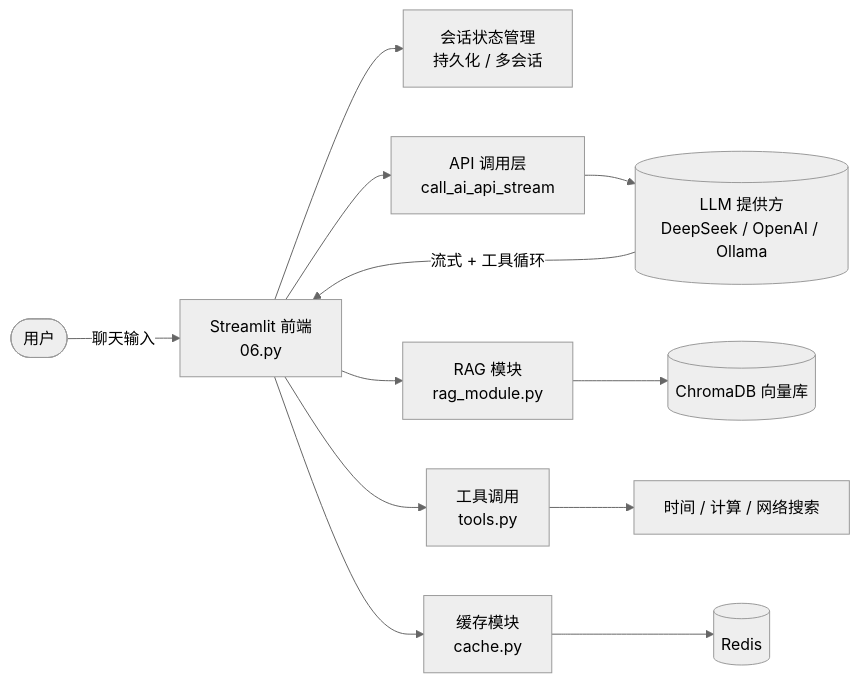
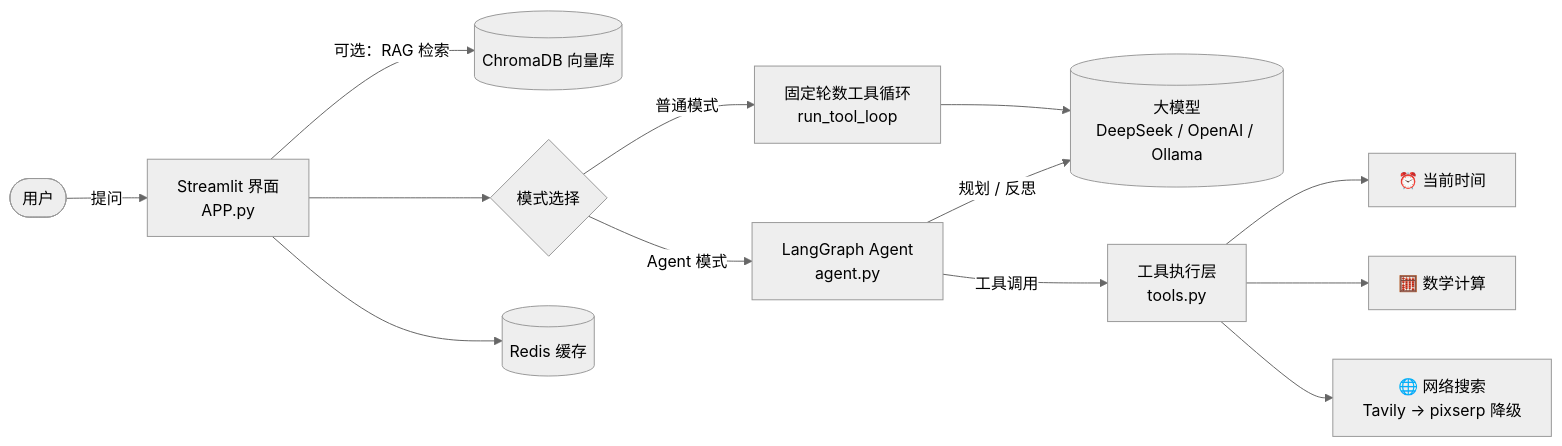
Before and after one commit to MWQ111/ma-ai-chat5201314: the diagram in README.md, drawn with Mermaid (neutral theme). The commit also changed other lines of this file and 10 other files, not shown here.

````diff
--- a/README.md
+++ b/README.md
@@ -40,14 +59,15 @@
 ```mermaid
 flowchart LR
-    User([用户]) -->|聊天输入| UI[Streamlit 前端<br/>06.py]
-    UI --> SM[会话状态管理<br/>持久化 / 多会话]
-    UI --> API[API 调用层<br/>call_ai_api_stream]
-    API --> LLM[(LLM 提供方<br/>DeepSeek / OpenAI / Ollama)]
-    UI --> RAG[RAG 模块<br/>rag_module.py]
-    RAG --> VDB[(ChromaDB 向量库)]
-    UI --> TOOLS[工具调用<br/>tools.py]
-    TOOLS --> EXT[时间 / 计算 / 网络搜索]
-    UI --> CACHE[缓存模块<br/>cache.py]
-    CACHE --> REDIS[(Redis)]
-    LLM -->|流式 + 工具循环| UI
+    User([用户]) -->|提问| UI[Streamlit 界面<br/>APP.py]
+    UI -->|可选：RAG 检索| RAG[(ChromaDB 向量库)]
+    UI --> ROUTE{模式选择}
+    ROUTE -->|普通模式| LOOP[固定轮数工具循环<br/>run_tool_loop]
+    ROUTE -->|Agent 模式| AGENT[LangGraph Agent<br/>agent.py]
+    AGENT -->|规划 / 反思| LLM[(大模型<br/>DeepSeek / OpenAI / Ollama)]
+    AGENT -->|工具调用| TOOLS[工具执行层<br/>tools.py]
+    TOOLS --> TIME[⏰ 当前时间]
+    TOOLS --> CALC[🧮 数学计算]
+    TOOLS --> SEARCH[🌐 网络搜索<br/>Tavily → pixserp 降级]
+    LOOP --> LLM
+    UI --> CACHE[(Redis 缓存)]
 ```
````
